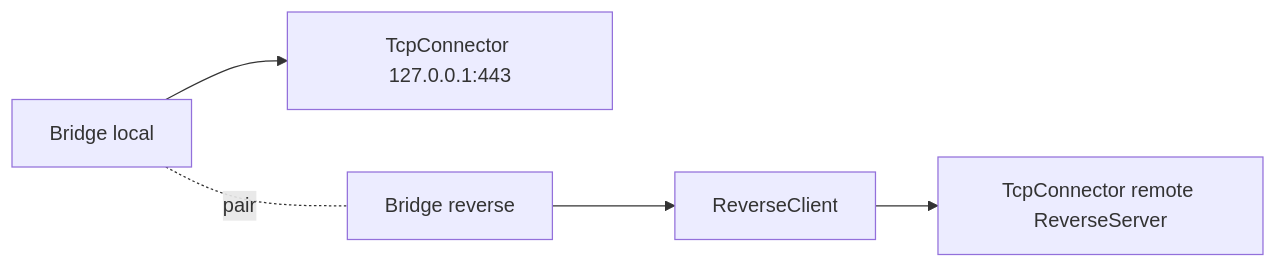
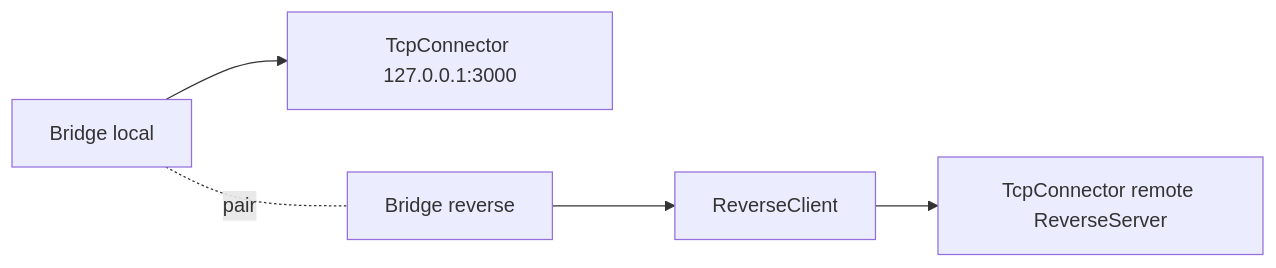
The third of 3 diagrams in docs/02-noderefs/ReverseClient.mdx (radkesvat/WaterWall-Docs), drawn with Mermaid before and after one commit. The commit also changed other lines of this file and 126 other files, not shown here.

````diff
--- a/docs/02-noderefs/ReverseClient.mdx
+++ b/docs/02-noderefs/ReverseClient.mdx
@@ -99,7 +99,7 @@
 ```mermaid
 flowchart LR
-    B1[Bridge local] --> Core[TcpConnector 127.0.0.1:443]
+    B1[Bridge local] --> Core[TcpConnector 127.0.0.1:3000]
     B2[Bridge reverse] --> RC[ReverseClient]
     RC --> TC[TcpConnector remote ReverseServer]
     B1 -. pair .- B2
 ```
````
